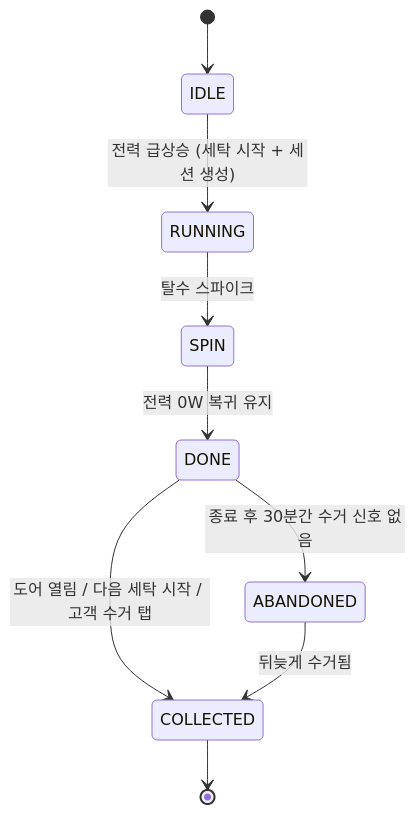
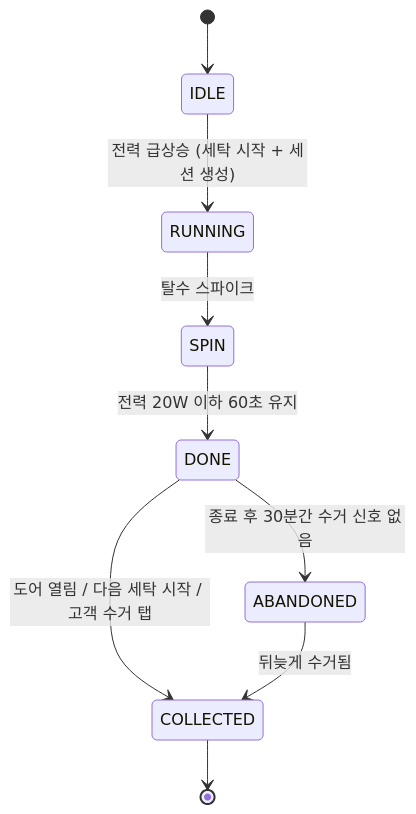
Before and after one commit to do-ttery/AIAgentChallenge: the first of 2 diagrams in README.md, drawn with Mermaid. The commit also changed other lines of this file, not shown here.

Commit message:
docs: README 상태머신 다이어그램·Task 개수 오류 수정

````diff
--- a/README.md
+++ b/README.md
@@ -60,11 +60,11 @@
 ```mermaid
 stateDiagram-v2
     [*] --> IDLE
     IDLE --> RUNNING : 전력 급상승 (세탁 시작 + 세션 생성)
     RUNNING --> SPIN : 탈수 스파이크
-    SPIN --> DONE : 전력 0W 복귀 유지
+    SPIN --> DONE : 전력 20W 이하 60초 유지
     DONE --> COLLECTED : 도어 열림 / 다음 세탁 시작 / 고객 수거 탭
     DONE --> ABANDONED : 종료 후 30분간 수거 신호 없음
     ABANDONED --> COLLECTED : 뒤늦게 수거됨
     COLLECTED --> [*]
 ```
````
